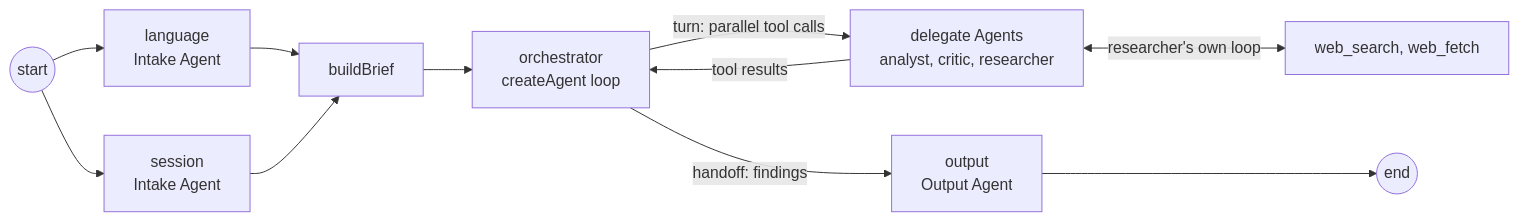
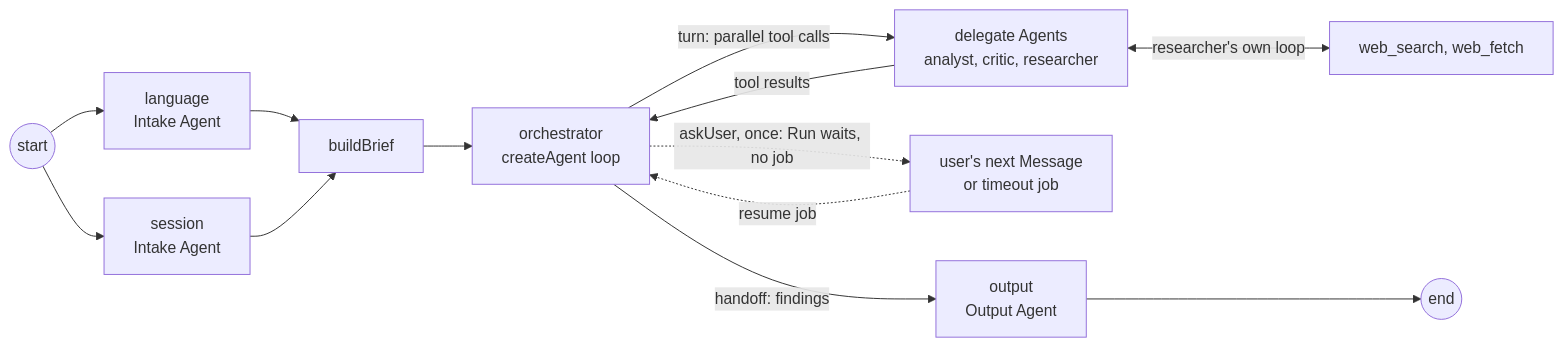
One commit to itsDaiton/nebula-chat changed the seventh of 9 diagrams in docs/architecture.md. Above: the diagram before and after it, drawn with Mermaid. The commit also changed other lines of this file and 53 other files, not shown here.

````diff
--- a/docs/architecture.md
+++ b/docs/architecture.md
@@ -362,13 +363,15 @@
 ```mermaid
 flowchart LR
   start((start)) --> ld[language<br/>Intake Agent]
   start --> ss[session<br/>Intake Agent]
   ld --> brief[buildBrief]
   ss --> brief
   brief --> orch[orchestrator<br/>createAgent loop]
   orch -->|turn: parallel tool calls| dg[delegate Agents<br/>analyst, critic, researcher]
   dg -->|tool results| orch
   dg <-->|researcher's own loop| web[web_search, web_fetch]
+  orch -.->|askUser, once: Run waits, no job| ask[user's next Message<br/>or timeout job]
+  ask -.->|resume job| orch
   orch -->|handoff: findings| out[output<br/>Output Agent]
   out --> done((end))
 ```
````
